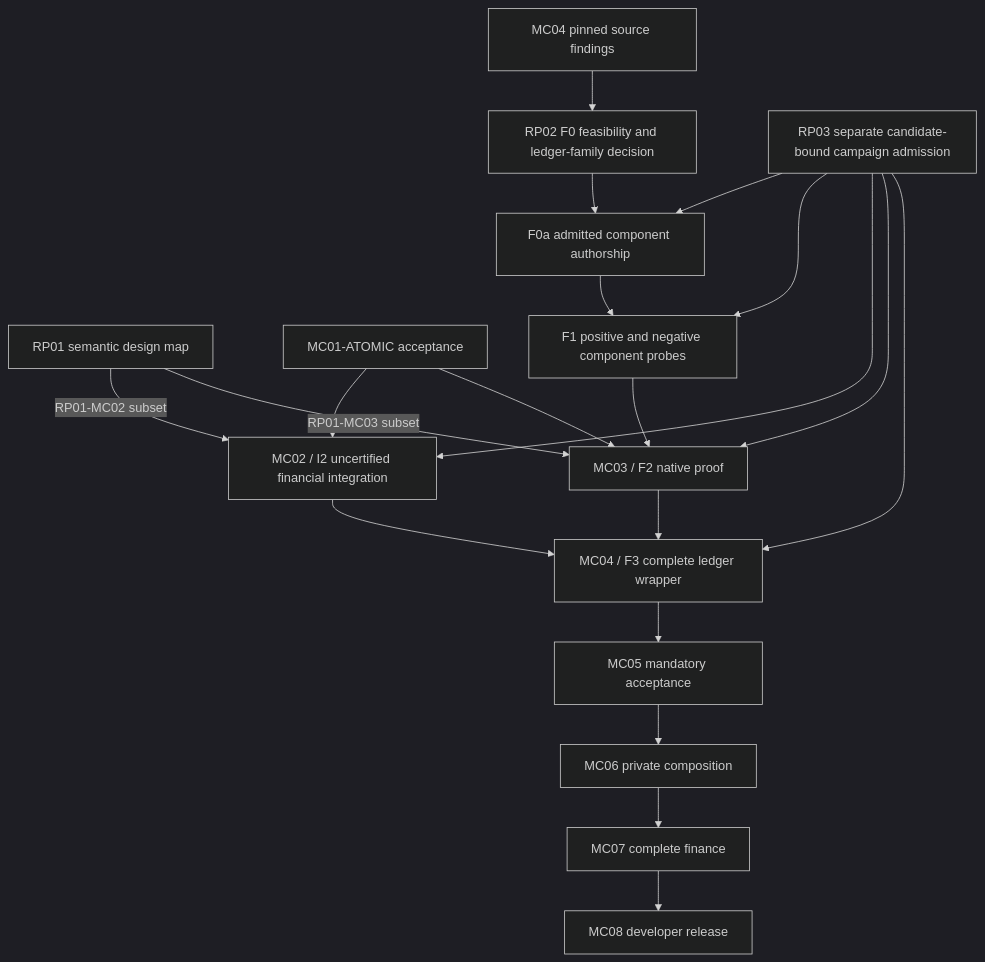
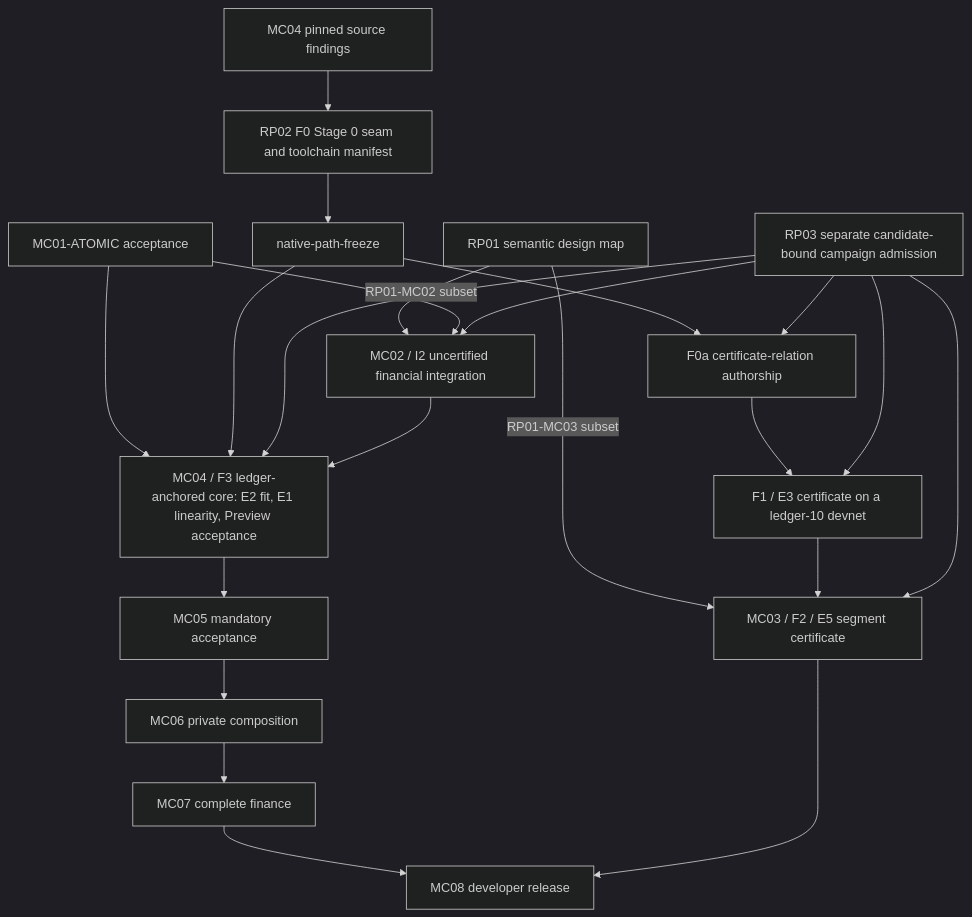
Before and after one commit to CharlesHoskinson/Moriarty: the diagram in ROADMAP.md, drawn with Mermaid (dark theme). The commit also changed other lines of this file and 1636 other files, not shown here.

Commit message:
Checkpoint uncommitted session work and language-to-ledger roadmap

````diff
--- a/ROADMAP.md
+++ b/ROADMAP.md
@@ -173,22 +175,24 @@
 ```mermaid
 flowchart TD
   RP1[RP01 semantic design map] -->|RP01-MC02 subset| MC02
-  RP1 -->|RP01-MC03 subset| MC03
+  RP1 -->|RP01-MC03 subset| F2
   MC01[MC01-ATOMIC acceptance] --> MC02
-  MC01 --> MC03
-  SRC[MC04 pinned source findings] --> F0[RP02 F0 feasibility and ledger-family decision]
-  F0 --> F0A[F0a admitted component authorship]
-  F0A --> F1[F1 positive and negative component probes]
-  F1 --> MC03[MC03 / F2 native proof]
+  MC01 --> F3
+  SRC[MC04 pinned source findings] --> F0[RP02 F0 Stage 0 seam and toolchain manifest]
+  F0 --> NPF[native-path-freeze]
+  NPF --> F3[MC04 / F3 ledger-anchored core: E2 fit, E1 linearity, Preview acceptance]
+  NPF --> F0A[F0a certificate-relation authorship]
+  F0A --> F1[F1 / E3 certificate on a ledger-10 devnet]
+  F1 --> F2[MC03 / F2 / E5 segment certificate]
   ADM[RP03 separate candidate-bound campaign admission] --> F0A
   ADM --> F1
   ADM --> MC02[MC02 / I2 uncertified financial integration]
-  ADM --> MC03
-  ADM --> MC04[MC04 / F3 complete ledger wrapper]
-  MC02 --> MC04
-  MC03 --> MC04
-  MC04 --> MC05[MC05 mandatory acceptance]
+  ADM --> F2
+  ADM --> F3
+  MC02 --> F3
+  F3 --> MC05[MC05 mandatory acceptance]
   MC05 --> MC06[MC06 private composition]
   MC06 --> MC07[MC07 complete finance]
   MC07 --> MC08[MC08 developer release]
+  F2 --> MC08
 ```
````
